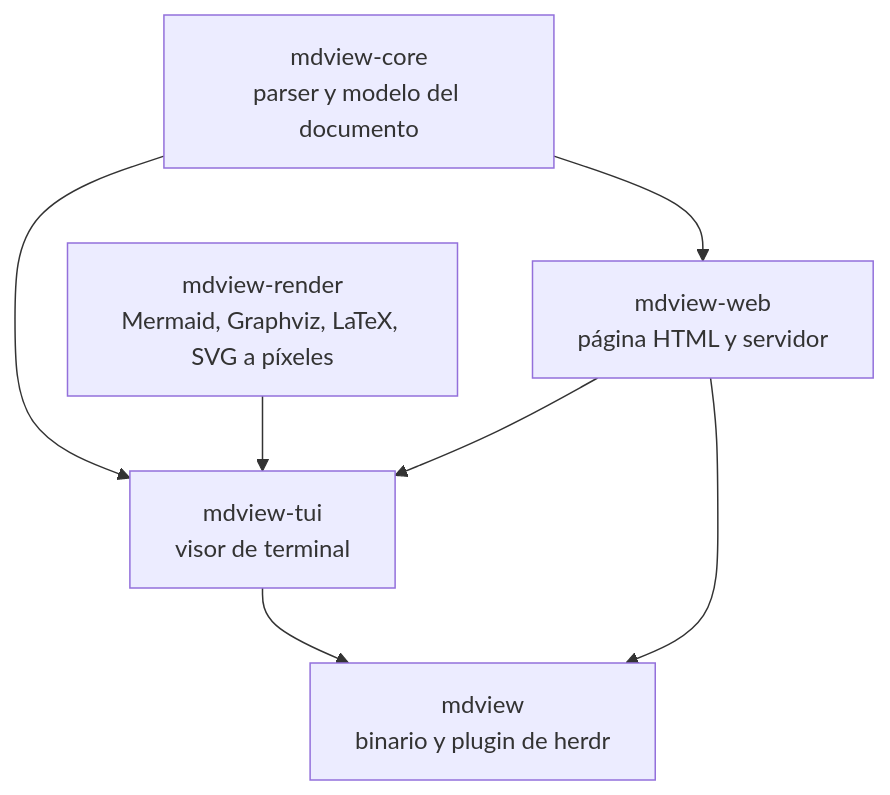
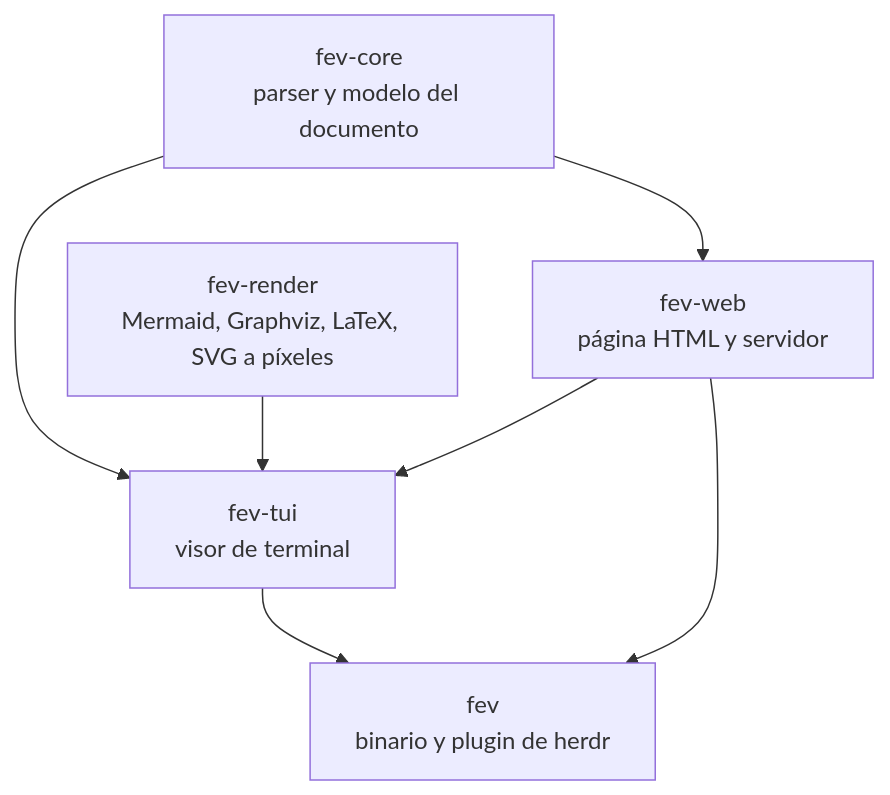
The diagram in README.es.md (Freddy-system/file-editor-viewer), drawn with Mermaid before and after one commit. The commit also changed other lines of this file and 57 other files, not shown here.

````diff
--- a/README.es.md
+++ b/README.es.md
@@ -152,14 +154,14 @@
 ```mermaid
 flowchart TD
-    core[mdview-core<br/>parser y modelo del documento]
-    render[mdview-render<br/>Mermaid, Graphviz, LaTeX, SVG a píxeles]
-    tui[mdview-tui<br/>visor de terminal]
-    web[mdview-web<br/>página HTML y servidor]
-    bin[mdview<br/>binario y plugin de herdr]
+    core[fev-core<br/>parser y modelo del documento]
+    render[fev-render<br/>Mermaid, Graphviz, LaTeX, SVG a píxeles]
+    tui[fev-tui<br/>visor de terminal]
+    web[fev-web<br/>página HTML y servidor]
+    bin[fev<br/>binario y plugin de herdr]
     core --> tui
     core --> web
     render --> tui
     tui --> bin
     web --> bin
     web --> tui
 ```
````
